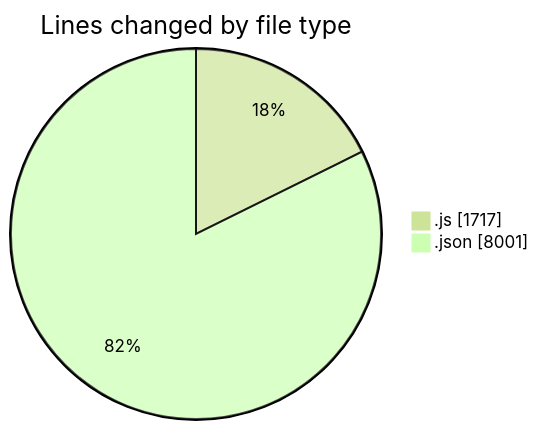
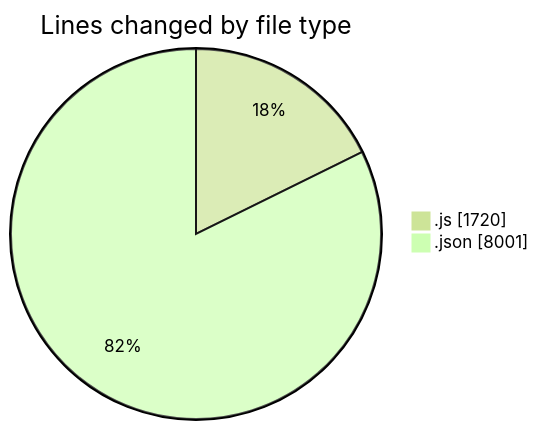
Before and after one commit to momahboobian/code-tracking: the first of 2 diagrams in 2025-01-11/good-pr/README.md, drawn with Mermaid (forest theme). The commit also changed other lines of this file and 1 other file, not shown here.

````diff
--- a/2025-01-11/good-pr/README.md
+++ b/2025-01-11/good-pr/README.md
@@ -38,6 +38,6 @@
 ```mermaid
 pie showData
 title Lines changed by file type
-".js" : 1717
+".js" : 1720
 ".json" : 8001
 ```
````
